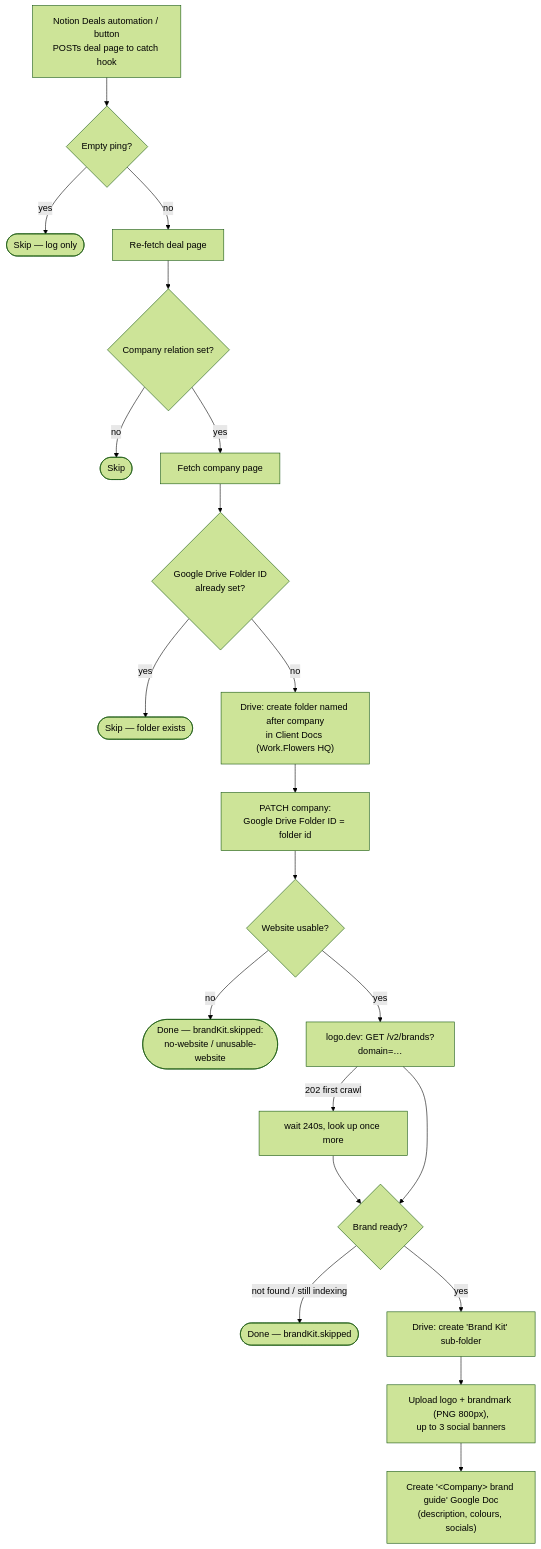
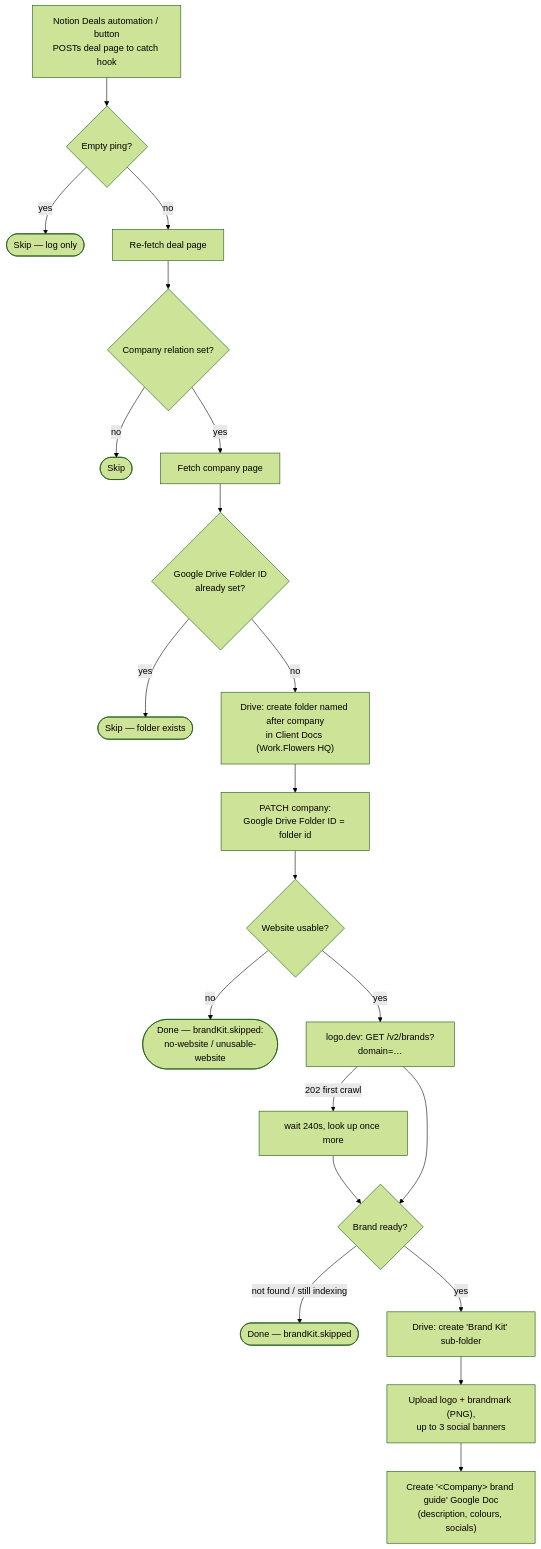
Before and after one commit to work-flowers/zapier-sdk: the diagram in deal-to-client-drive-folder/README.md, drawn with Mermaid (forest theme). The commit also changed other lines of this file and 1 other file, not shown here.

````diff
--- a/deal-to-client-drive-folder/README.md
+++ b/deal-to-client-drive-folder/README.md
@@ -19,23 +19,23 @@
 ```mermaid
 flowchart TD
     A["Notion Deals automation / button<br/>POSTs deal page to catch hook"] --> B{"Empty ping?"}
     B -- yes --> S1(["Skip — log only"])
     B -- no --> C["Re-fetch deal page"]
     C --> D{"Company relation set?"}
     D -- no --> S2(["Skip"])
     D -- yes --> E["Fetch company page"]
     E --> F{"Google Drive Folder ID<br/>already set?"}
     F -- yes --> S3(["Skip — folder exists"])
     F -- no --> G["Drive: create folder named after company<br/>in Client Docs (Work.Flowers HQ)"]
     G --> H["PATCH company:<br/>Google Drive Folder ID = folder id"]
     H --> I{"Website usable?"}
     I -- no --> R1(["Done — brandKit.skipped:<br/>no-website / unusable-website"])
     I -- yes --> J["logo.dev: GET /v2/brands?domain=…"]
     J -- "202 first crawl" --> W["wait 240s, look up once more"]
     W --> K
     J --> K{"Brand ready?"}
     K -- "not found / still indexing" --> R2(["Done — brandKit.skipped"])
     K -- yes --> L["Drive: create 'Brand Kit' sub-folder"]
-    L --> M["Upload logo + brandmark (PNG 800px),<br/>up to 3 social banners"]
+    L --> M["Upload logo + brandmark (PNG),<br/>up to 3 social banners"]
     M --> N["Create '&lt;Company&gt; brand guide' Google Doc<br/>(description, colours, socials)"]
 ```
````
